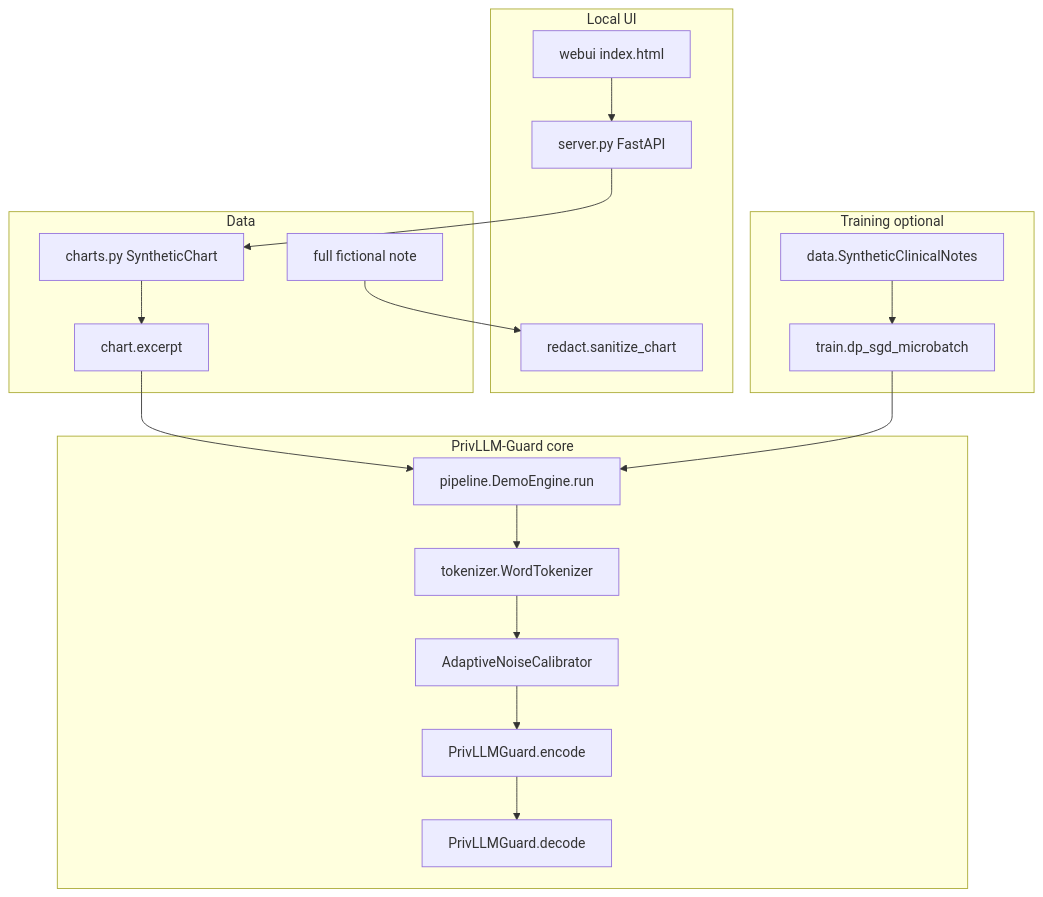
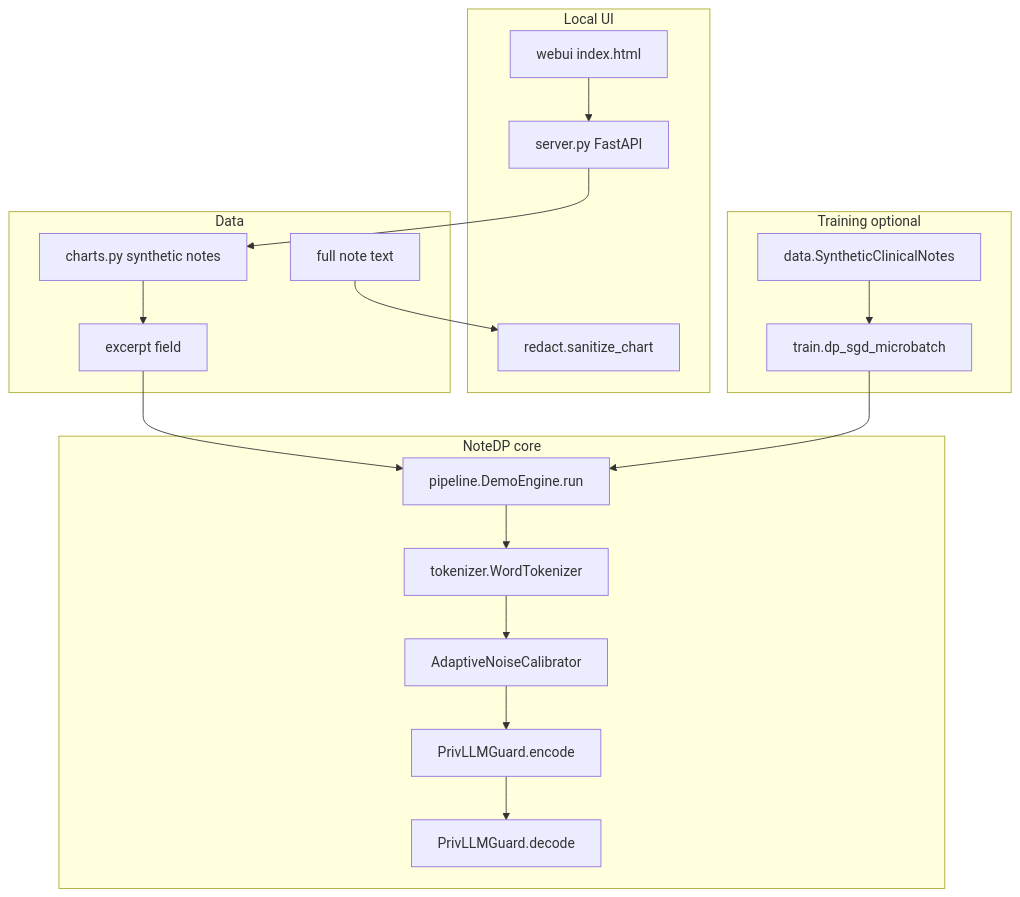
One commit to arpan-s-dev/NoteDP changed the first of 3 diagrams in README.md. Above: the diagram before and after it, drawn with Mermaid. The commit also changed other lines of this file and 8 other files, not shown here.

````diff
--- a/README.md
+++ b/README.md
@@ -36,39 +47,39 @@
 ```mermaid
 flowchart TB
   subgraph data [Data]
-    CH[charts.py SyntheticChart]
-    EX[chart.excerpt]
-    NOTE[full fictional note]
+    CH[charts.py synthetic notes]
+    EX[excerpt field]
+    NOTE[full note text]
   end
 
   subgraph ui [Local UI]
     API["server.py FastAPI"]
     WEB[webui index.html]
     RED[redact.sanitize_chart]
   end
 
-  subgraph model [PrivLLM-Guard core]
+  subgraph model [NoteDP core]
     TOK[tokenizer.WordTokenizer]
     ANC[AdaptiveNoiseCalibrator]
     ENC[PrivLLMGuard.encode]
     DEC[PrivLLMGuard.decode]
     ENG[pipeline.DemoEngine.run]
   end
 
   subgraph train [Training optional]
     DS[data.SyntheticClinicalNotes]
     TR[train.dp_sgd_microbatch]
   end
 
   WEB --> API
   API --> CH
   NOTE --> RED
   CH --> EX
   EX --> ENG
   ENG --> TOK
   TOK --> ANC
   ANC --> ENC
   ENC --> DEC
   DS --> TR
   TR --> ENG
 ```
````
